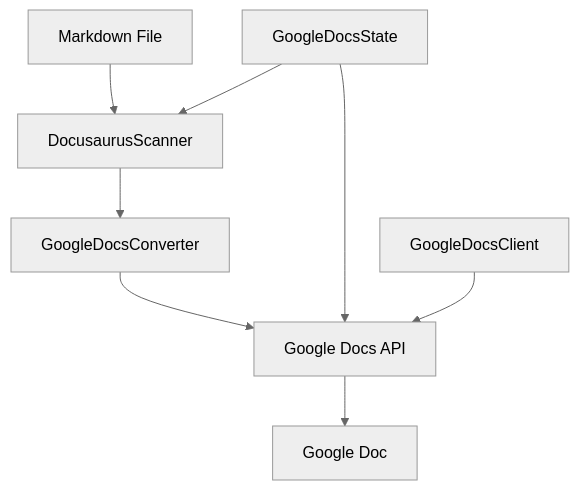
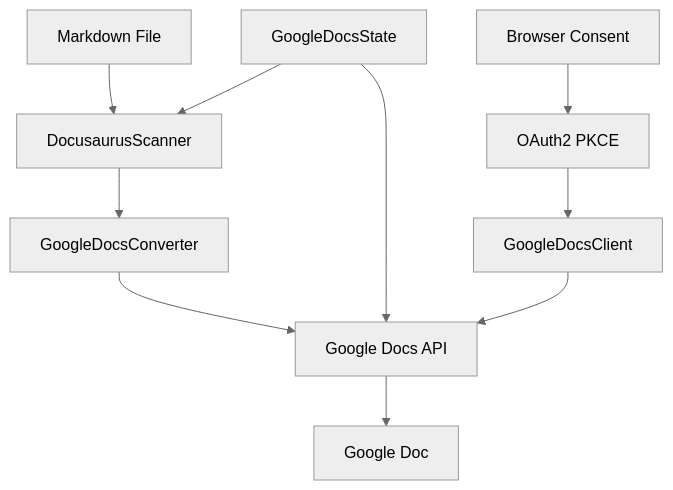
Before and after one commit to tuanpmt/docflu: the diagram in lib/core/gdocs/README.md, drawn with Mermaid (neutral theme). The commit also changed other lines of this file and 1 other file, not shown here.

````diff
--- a/lib/core/gdocs/README.md
+++ b/lib/core/gdocs/README.md
@@ -146,12 +203,15 @@
 ```mermaid
 graph TD
     A[Markdown File] --> B[DocusaurusScanner]
     B --> C[GoogleDocsConverter]
     C --> D[Google Docs API]
     D --> E[Google Doc]
     
     F[GoogleDocsState] --> B
     F --> D
     
     G[GoogleDocsClient] --> D
+    
+    H[OAuth2 PKCE] --> G
+    I[Browser Consent] --> H
 ```
````
